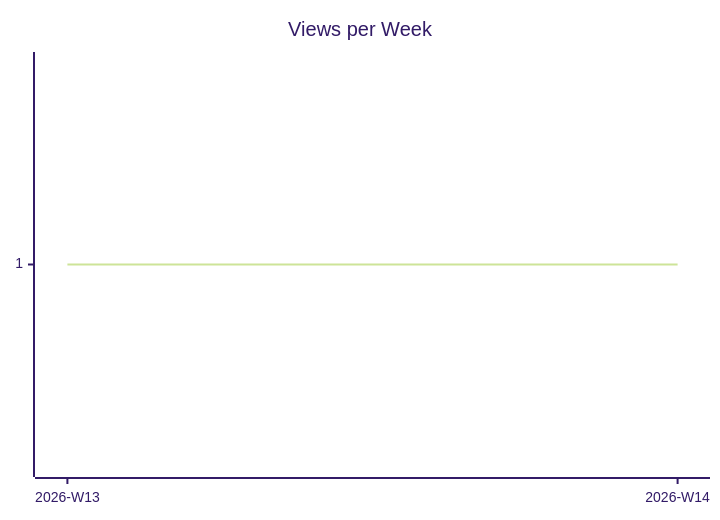
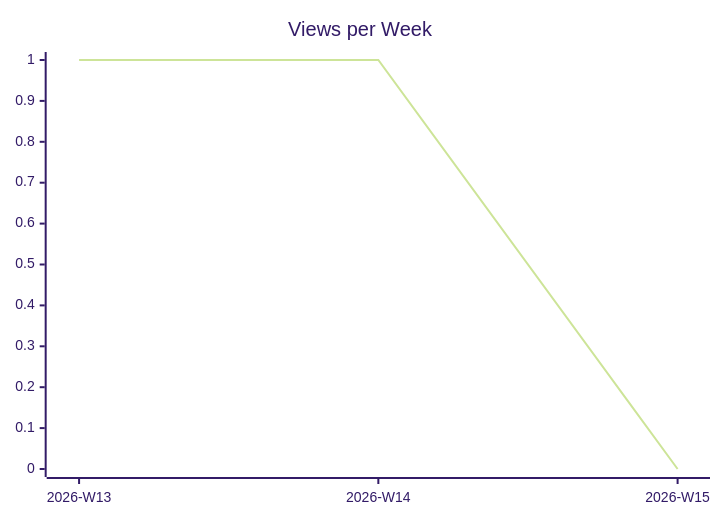
The second of 3 diagrams in karlmdavis/ansible-role-jenkins2/README.md (justdavis-family/github-analytics-data), drawn with Mermaid (forest theme) before and after one commit. The commit also changed other lines of this file and 190 other files, not shown here.

````diff
--- a/karlmdavis/ansible-role-jenkins2/README.md
+++ b/karlmdavis/ansible-role-jenkins2/README.md
@@ -12,6 +12,6 @@
 ```mermaid
 xychart-beta
   title "Views per Week"
-  x-axis ["2026-W13", "2026-W14"]
-  line [1, 1]
+  x-axis ["2026-W13", "2026-W14", "2026-W15"]
+  line [1, 1, 0]
 ```
````
